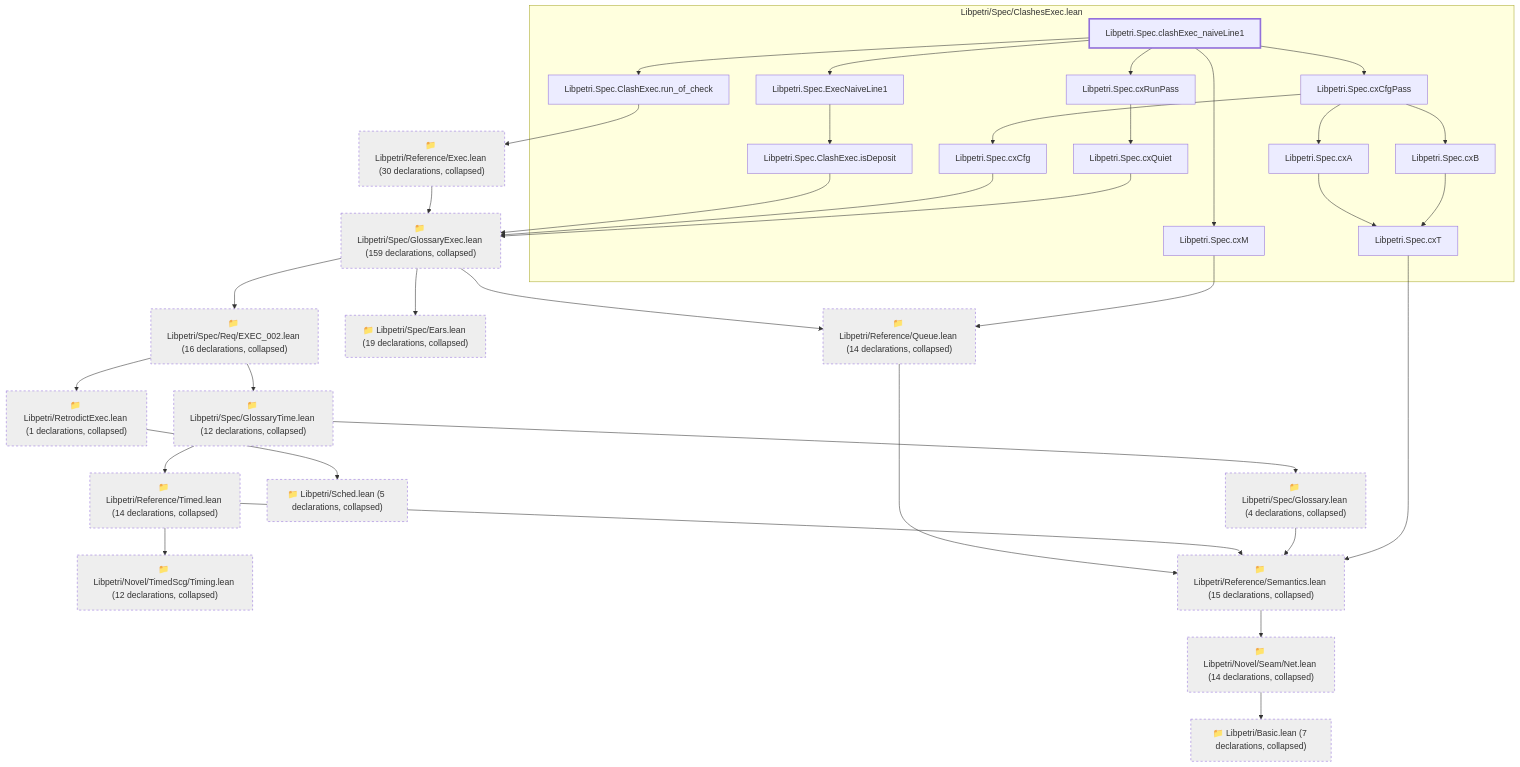
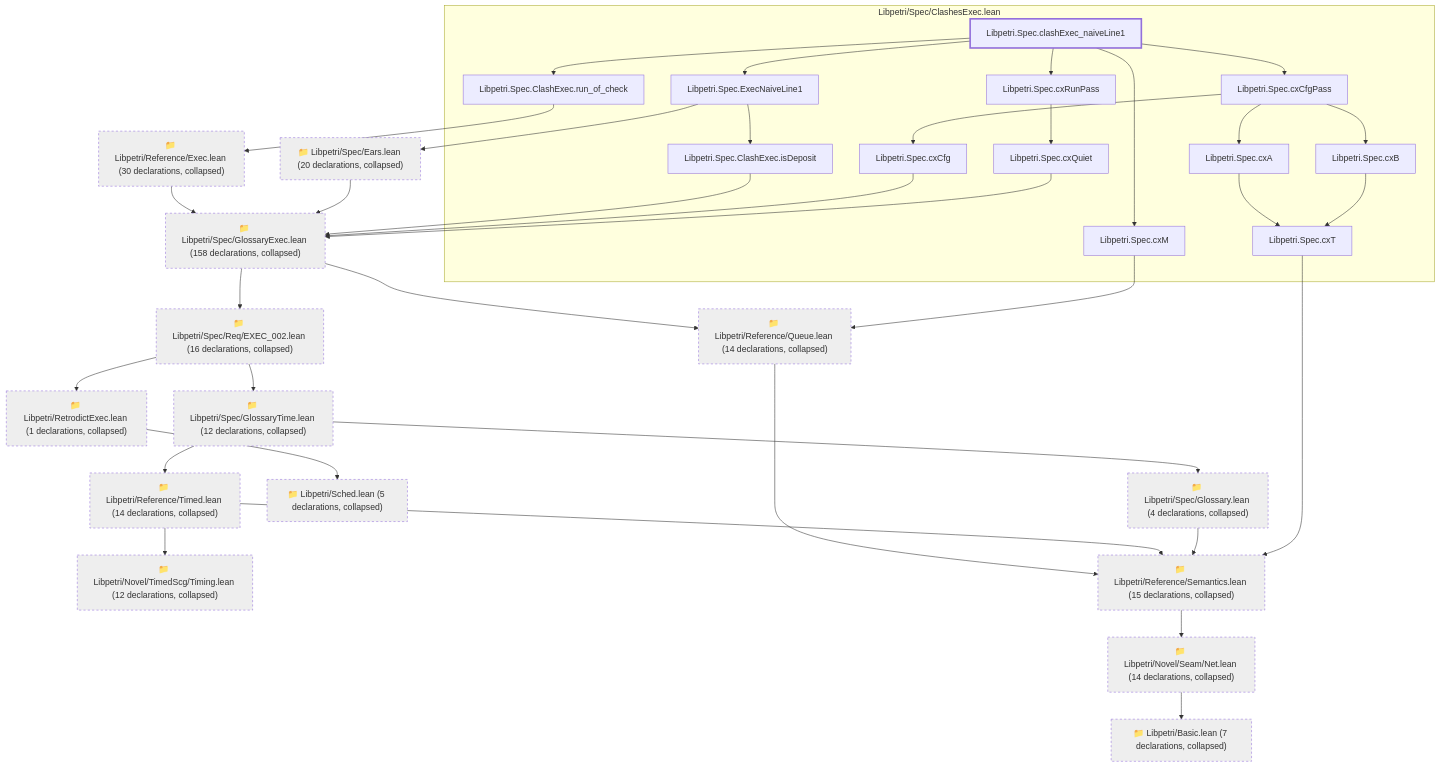
Before and after one commit to debe/libpetri: the first of 3 diagrams in lean/graph/requirements/EXEC-001.md, drawn with Mermaid. The commit also changed other lines of this file and 334 other files, not shown here.

First line of the commit message:
refactor(spec): one home per fact; no runtime status or line numbers in the spec

````diff
--- a/lean/graph/requirements/EXEC-001.md
+++ b/lean/graph/requirements/EXEC-001.md
@@ -17,69 +17,70 @@
 ```mermaid
 flowchart TD
   subgraph g0["Libpetri/Spec/ClashesExec.lean"]
-    n5952["Libpetri.Spec.ClashExec.isDeposit"]
-    n5953["Libpetri.Spec.ClashExec.run_of_check"]
-    n7485["Libpetri.Spec.ExecNaiveLine1"]
-    n12504["Libpetri.Spec.clashExec_naiveLine1"]
-    n14228["Libpetri.Spec.cxA"]
-    n14229["Libpetri.Spec.cxB"]
-    n14230["Libpetri.Spec.cxCfg"]
-    n14234["Libpetri.Spec.cxCfgPass"]
-    n14238["Libpetri.Spec.cxM"]
-    n14240["Libpetri.Spec.cxQuiet"]
-    n14246["Libpetri.Spec.cxRunPass"]
-    n14250["Libpetri.Spec.cxT"]
+    n5953["Libpetri.Spec.ClashExec.isDeposit"]
+    n5954["Libpetri.Spec.ClashExec.run_of_check"]
+    n7486["Libpetri.Spec.ExecNaiveLine1"]
+    n12505["Libpetri.Spec.clashExec_naiveLine1"]
+    n14229["Libpetri.Spec.cxA"]
+    n14230["Libpetri.Spec.cxB"]
+    n14231["Libpetri.Spec.cxCfg"]
+    n14235["Libpetri.Spec.cxCfgPass"]
+    n14239["Libpetri.Spec.cxM"]
+    n14241["Libpetri.Spec.cxQuiet"]
+    n14247["Libpetri.Spec.cxRunPass"]
+    n14251["Libpetri.Spec.cxT"]
   end
   c0["📁 Libpetri/Basic.lean (7 declarations, collapsed)"]
   c54["📁 Libpetri/Novel/Seam/Net.lean (14 declarations, collapsed)"]
   c66["📁 Libpetri/Novel/TimedScg/Timing.lean (12 declarations, collapsed)"]
   c80["📁 Libpetri/Reference/Exec.lean (30 declarations, collapsed)"]
   c91["📁 Libpetri/Reference/Queue.lean (14 declarations, collapsed)"]
   c94["📁 Libpetri/Reference/Semantics.lean (15 declarations, collapsed)"]
   c98["📁 Libpetri/Reference/Timed.lean (14 declarations, collapsed)"]
   c103["📁 Libpetri/RetrodictExec.lean (1 declarations, collapsed)"]
   c109["📁 Libpetri/Sched.lean (5 declarations, collapsed)"]
-  c131["📁 Libpetri/Spec/Ears.lean (19 declarations, collapsed)"]
+  c131["📁 Libpetri/Spec/Ears.lean (20 declarations, collapsed)"]
   c132["📁 Libpetri/Spec/Glossary.lean (4 declarations, collapsed)"]
-  c139["📁 Libpetri/Spec/GlossaryExec.lean (159 declarations, collapsed)"]
+  c139["📁 Libpetri/Spec/GlossaryExec.lean (158 declarations, collapsed)"]
   c146["📁 Libpetri/Spec/GlossaryTime.lean (12 declarations, collapsed)"]
   c232["📁 Libpetri/Spec/Req/EXEC_002.lean (16 declarations, collapsed)"]
   c54 --> c0
   c80 --> c139
   c91 --> c94
   c94 --> c54
   c98 --> c66
   c98 --> c94
   c103 --> c109
+  c131 --> c139
   c132 --> c94
   c139 --> c91
-  c139 --> c131
   c139 --> c232
   c146 --> c98
   c146 --> c132
   c232 --> c103
   c232 --> c146
-  n5952 --> c139
-  n5953 --> c80
-  n7485 --> n5952
-  n12504 --> n5953
-  n12504 --> n7485
-  n12504 --> n14234
-  n12504 --> n14238
-  n12504 --> n14246
-  n14228 --> n14250
-  n14229 --> n14250
-  n14230 --> c139
-  n14234 --> n14228
-  n14234 --> n14229
-  n14234 --> n14230
-  n14238 --> c91
-  n14240 --> c139
-  n14246 --> n14240
-  n14250 --> c94
+  n5953 --> c139
+  n5954 --> c80
+  n7486 --> c131
+  n7486 --> n5953
+  n12505 --> n5954
+  n12505 --> n7486
+  n12505 --> n14235
+  n12505 --> n14239
+  n12505 --> n14247
+  n14229 --> n14251
+  n14230 --> n14251
+  n14231 --> c139
+  n14235 --> n14229
+  n14235 --> n14230
+  n14235 --> n14231
+  n14239 --> c91
+  n14241 --> c139
+  n14247 --> n14241
+  n14251 --> c94
   classDef root stroke-width:3px
   classDef locked fill:#fff3cd,stroke:#b8860b
   classDef collapsed fill:#eeeeee,stroke-dasharray:4 4
-  class n12504 root
+  class n12505 root
   class c0,c54,c66,c80,c91,c94,c98,c103,c109,c131,c132,c139,c146,c232 collapsed
 ```
````
